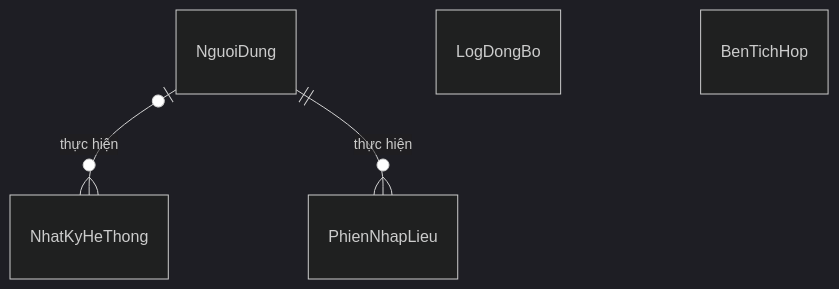
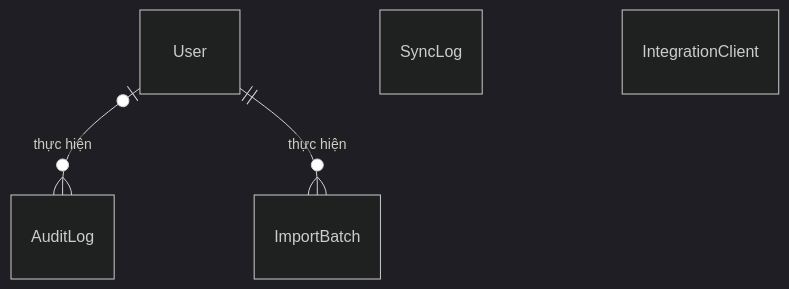
The seventh of 7 diagrams in docs/design/erd.md (4UT15T1Ck/curriculum-management), drawn with Mermaid (dark theme) before and after one commit. The commit also changed other lines of this file and 71 other files, not shown here.

````diff
--- a/docs/design/erd.md
+++ b/docs/design/erd.md
@@ -158,7 +161,7 @@
 ```mermaid
 erDiagram
-    NguoiDung |o--o{ NhatKyHeThong : "thực hiện"
-    NguoiDung ||--o{ PhienNhapLieu : "thực hiện"
-    LogDongBo
-    BenTichHop
+    User |o--o{ AuditLog : "thực hiện"
+    User ||--o{ ImportBatch : "thực hiện"
+    SyncLog
+    IntegrationClient
 ```
````
